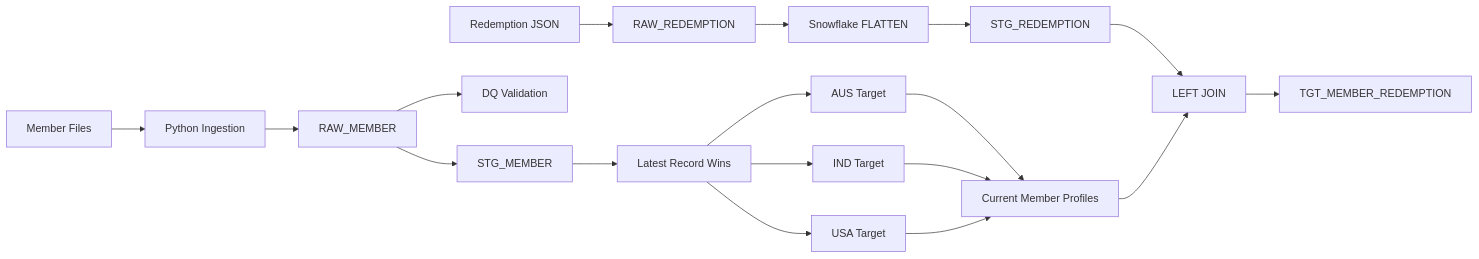
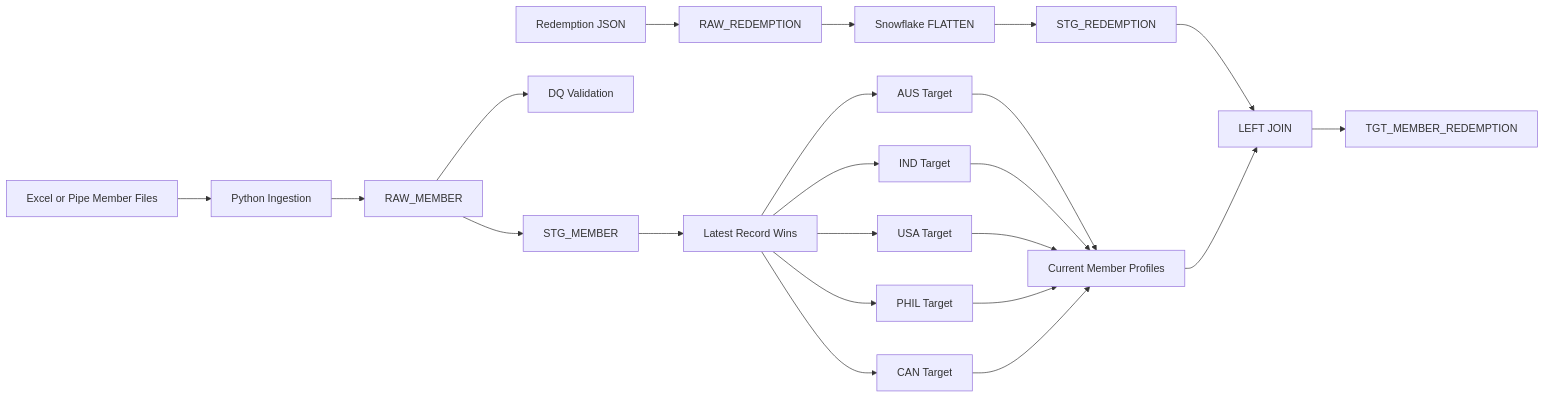
The diagram in README.md (nitishverma721/Nitish_Data_Craftsperson_Incubyte_Project), drawn with Mermaid before and after one commit. The commit also changed other lines of this file and 3 other files, not shown here.

First line of the commit message:
docs: finalize pipeline architecture and decisions

````diff
--- a/README.md
+++ b/README.md
@@ -7,21 +7,25 @@
 ```mermaid
 flowchart LR
-    A[Member Files] --> B[Python Ingestion]
+    A[Excel or Pipe Member Files] --> B[Python Ingestion]
     B --> C[RAW_MEMBER]
     C --> D[STG_MEMBER]
     C --> E[DQ Validation]
     D --> F[Latest Record Wins]
     F --> G[AUS Target]
     F --> H[IND Target]
     F --> I[USA Target]
+    F --> Q[PHIL Target]
+    F --> R[CAN Target]
 
     J[Redemption JSON] --> K[RAW_REDEMPTION]
     K --> L[Snowflake FLATTEN]
     L --> M[STG_REDEMPTION]
     G --> N[Current Member Profiles]
     H --> N
     I --> N
+    Q --> N
+    R --> N
     M --> O[LEFT JOIN]
     N --> O
     O --> P[TGT_MEMBER_REDEMPTION]
 ```
````
